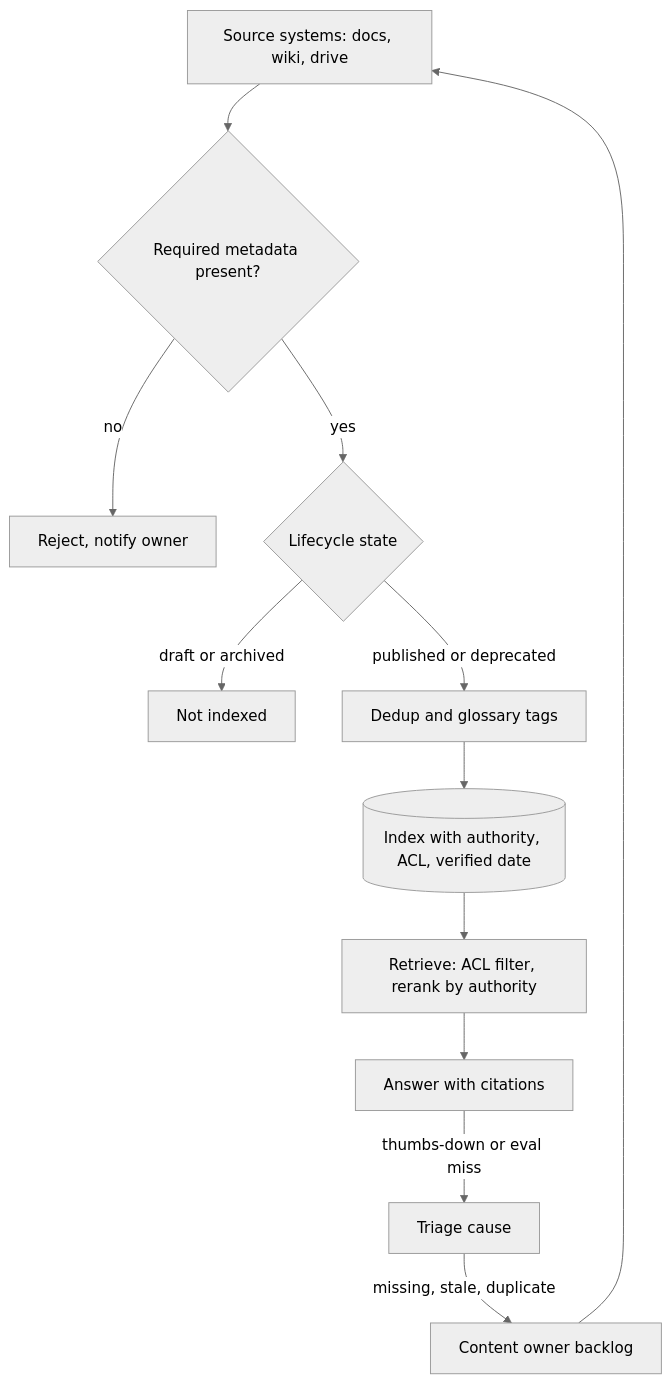
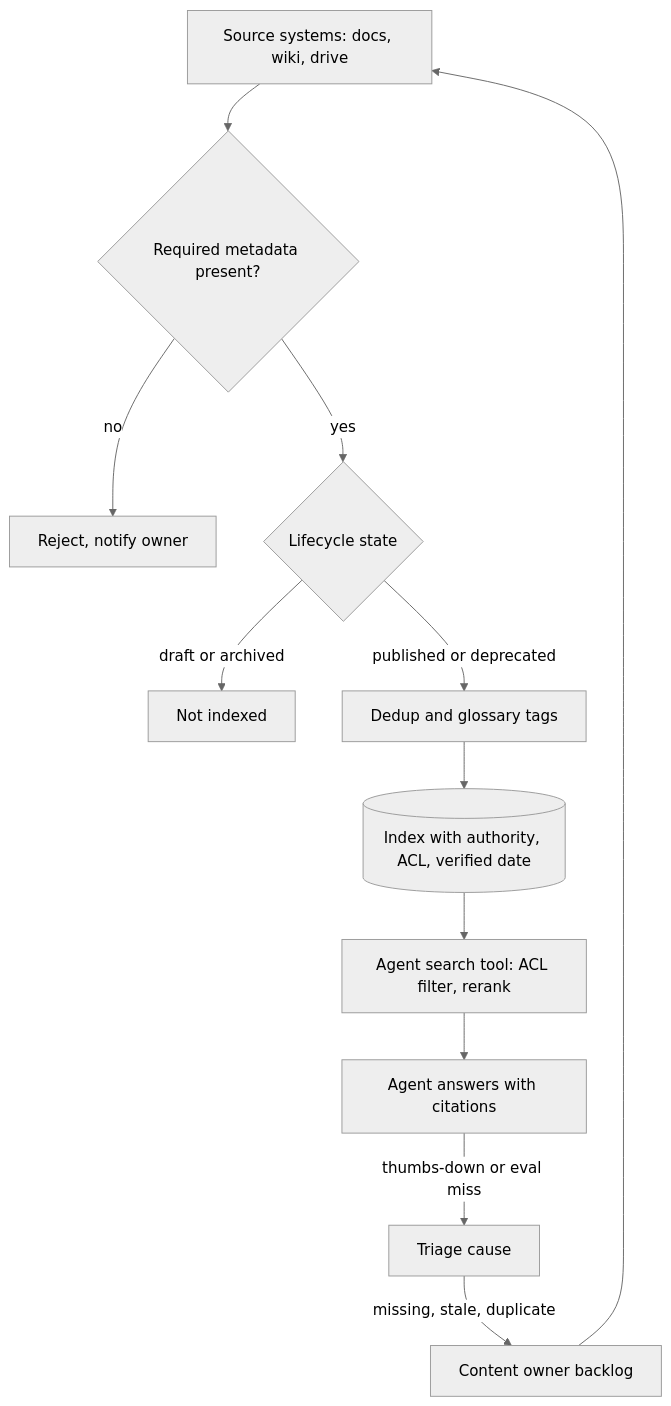
Before and after one commit to lovishmahajan97/agentic-learning: the diagram in content/data-architecture/knowledge-management.md, drawn with Mermaid (neutral theme). The commit also changed other lines of this file and 485 other files, not shown here.

````diff
--- a/content/data-architecture/knowledge-management.md
+++ b/content/data-architecture/knowledge-management.md
@@ -128,14 +147,14 @@
 ```mermaid
 flowchart TD
     S["Source systems: docs, wiki, drive"] --> C{"Required metadata present?"}
     C -->|"no"| R["Reject, notify owner"]
     C -->|"yes"| L{"Lifecycle state"}
     L -->|"draft or archived"| X["Not indexed"]
     L -->|"published or deprecated"| D["Dedup and glossary tags"]
     D --> I[("Index with authority, ACL, verified date")]
-    I --> Q["Retrieve: ACL filter, rerank by authority"]
-    Q --> A["Answer with citations"]
+    I --> Q["Agent search tool: ACL filter, rerank"]
+    Q --> A["Agent answers with citations"]
     A -->|"thumbs-down or eval miss"| T["Triage cause"]
     T -->|"missing, stale, duplicate"| O["Content owner backlog"]
     O --> S
 ```
````
